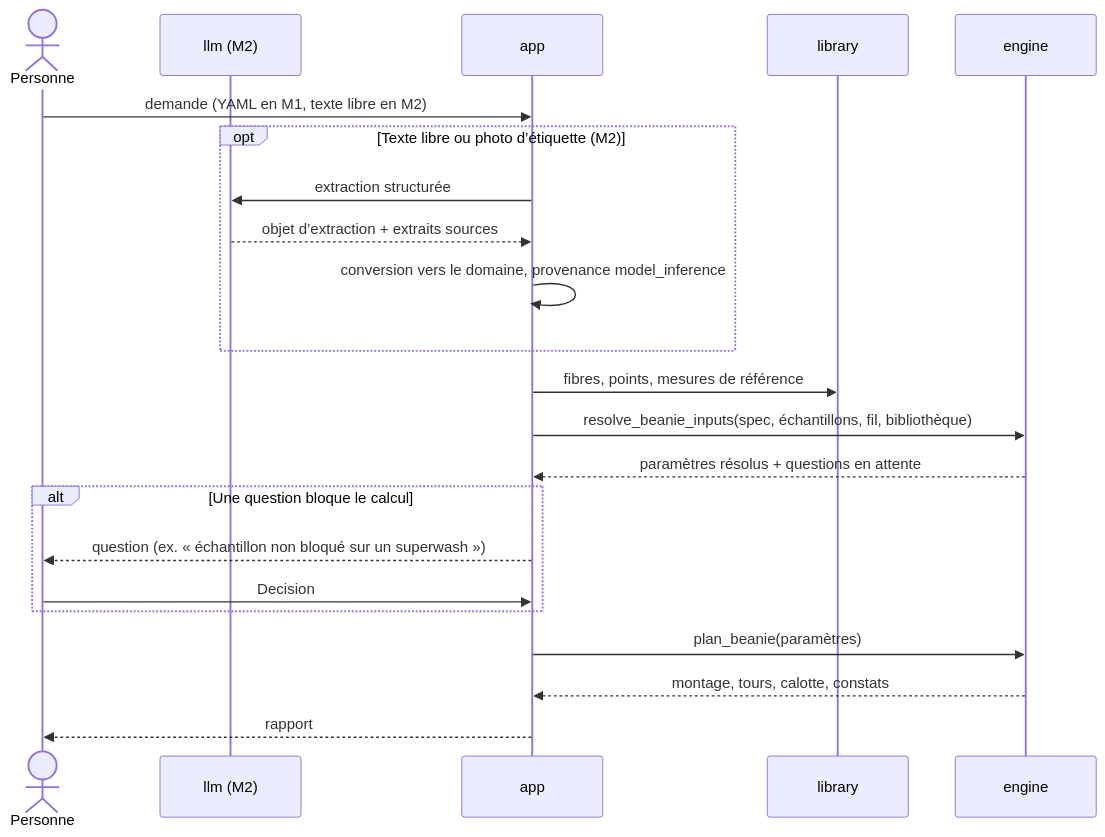
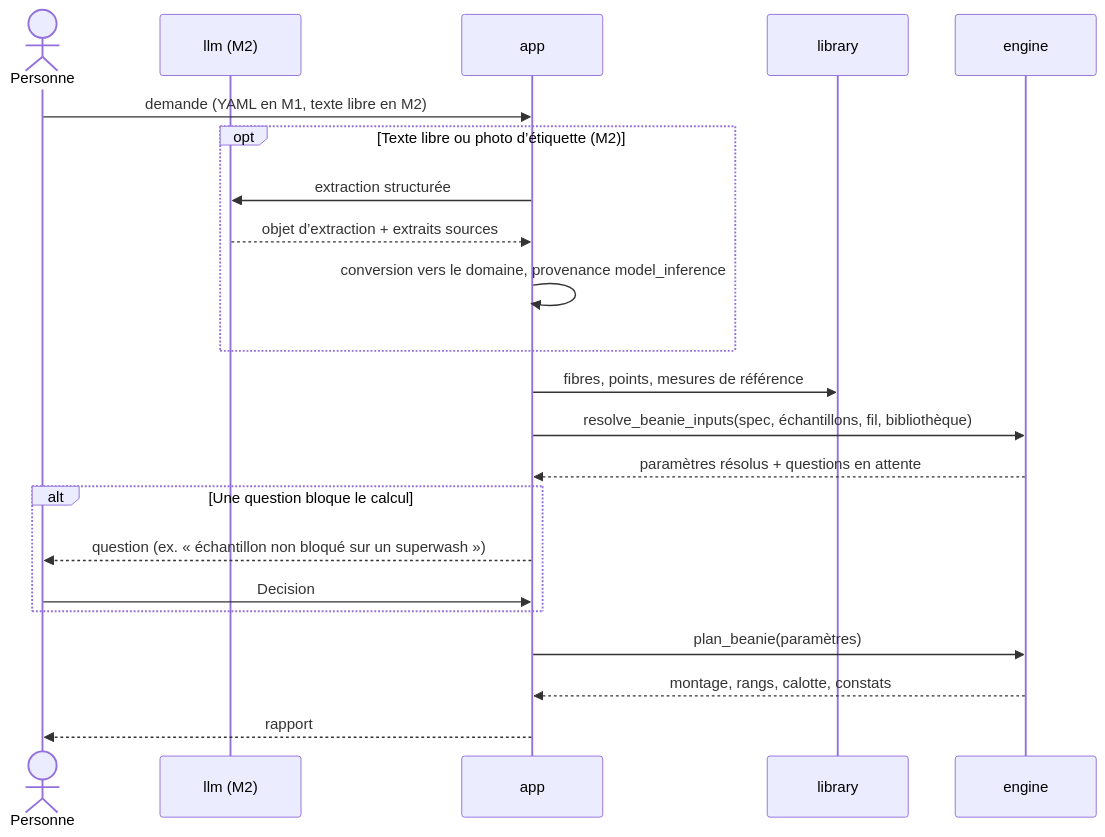
Before and after one commit to Isalafont/knitproof: the third of 4 diagrams in docs/architecture.md, drawn with Mermaid. The commit also changed other lines of this file and 3 other files, not shown here.

````diff
--- a/docs/architecture.md
+++ b/docs/architecture.md
@@ -94,24 +94,24 @@
 ```mermaid
 sequenceDiagram
     actor P as Personne
     participant LLM as llm (M2)
     participant APP as app
     participant LIB as library
     participant ENG as engine
     P->>APP: demande (YAML en M1, texte libre en M2)
     opt Texte libre ou photo d’étiquette (M2)
         APP->>LLM: extraction structurée
         LLM-->>APP: objet d’extraction + extraits sources
         APP->>APP: conversion vers le domaine, provenance model_inference
     end
     APP->>LIB: fibres, points, mesures de référence
     APP->>ENG: resolve_beanie_inputs(spec, échantillons, fil, bibliothèque)
     ENG-->>APP: paramètres résolus + questions en attente
     alt Une question bloque le calcul
         APP-->>P: question (ex. « échantillon non bloqué sur un superwash »)
         P->>APP: Decision
     end
     APP->>ENG: plan_beanie(paramètres)
-    ENG-->>APP: montage, tours, calotte, constats
+    ENG-->>APP: montage, rangs, calotte, constats
     APP-->>P: rapport
 ```
````
